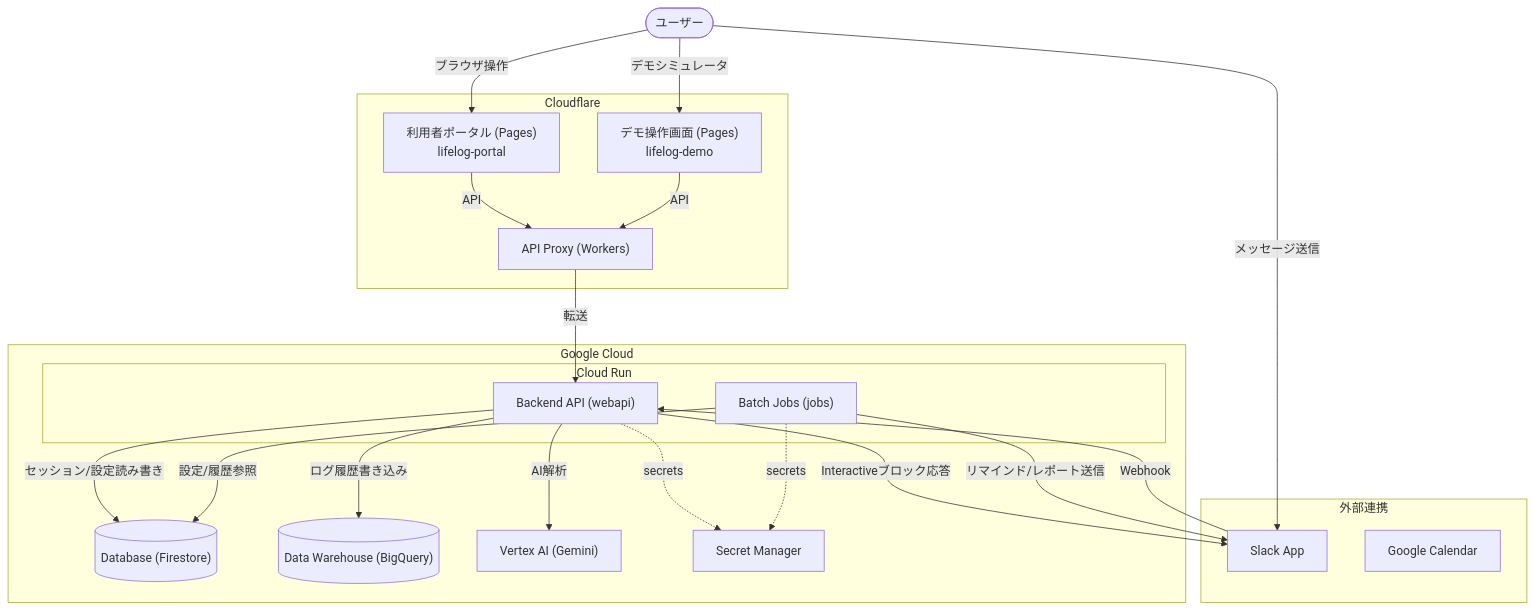
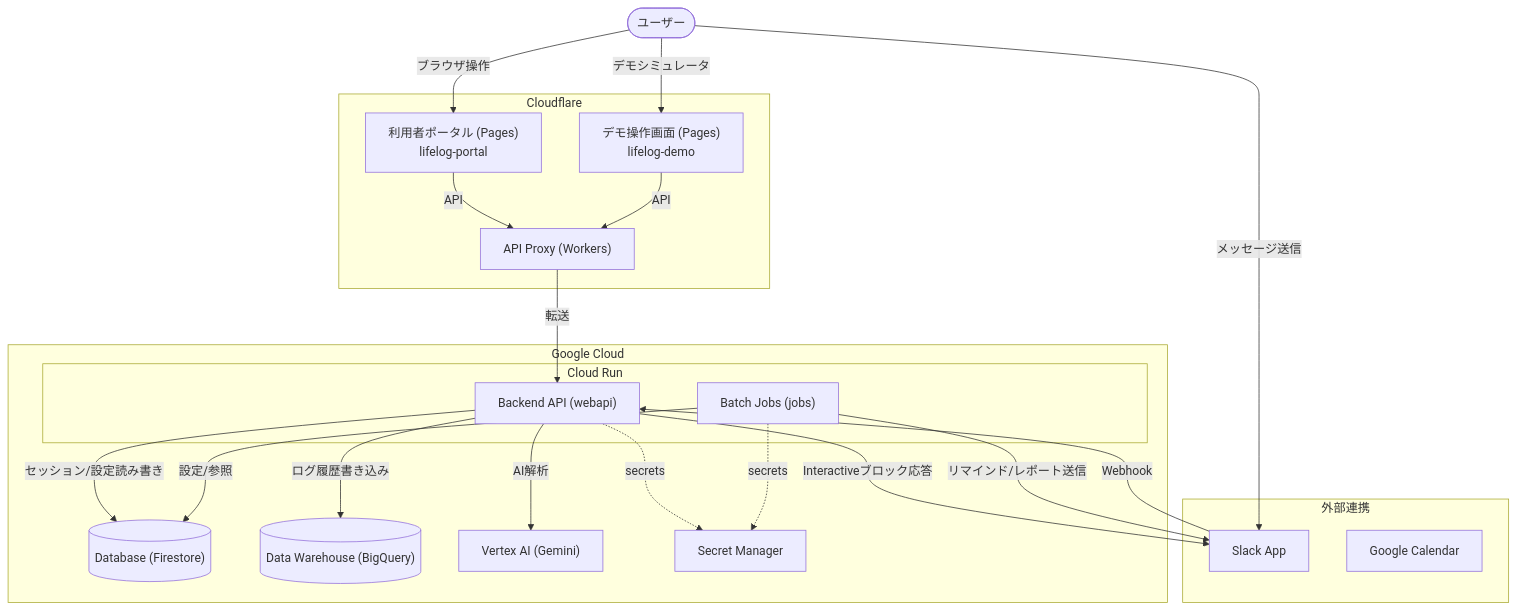
One commit to he23inw3/lifelog changed the second of 4 diagrams in README.md. Above: the diagram before and after it, drawn with Mermaid.

````diff
--- a/README.md
+++ b/README.md
@@ -82,47 +82,47 @@
 ```mermaid
 graph TD
     %% クラウドの定義
     subgraph Cloudflare["Cloudflare"]
         Portal["利用者ポータル (Pages)<br/>lifelog-portal"]
         Demo["デモ操作画面 (Pages)<br/>lifelog-demo"]
         Proxy["API Proxy (Workers)"]
     end
 
     subgraph GCP["Google Cloud"]
         subgraph CloudRun["Cloud Run"]
             API["Backend API (webapi)"]
             Batch["Batch Jobs (jobs)"]
         end
 
         DB[("Database (Firestore)")]
         DW[("Data Warehouse (BigQuery)")]
         Gemini["Vertex AI (Gemini)"]
         SM["Secret Manager"]
     end
 
     subgraph External["外部連携"]
         Slack["Slack App"]
         GoogleCal["Google Calendar"]
     end
 
     %% 主要なデータフロー
     User([ユーザー]) -->|ブラウザ操作| Portal
     User -->|デモシミュレータ| Demo
     User -->|メッセージ送信| Slack
     
     Portal -->|API| Proxy
     Demo -->|API| Proxy
     Proxy -->|転送| API
 
     Slack -->|Webhook| API
     API -->|Interactiveブロック応答| Slack
 
     API -->|セッション/設定読み書き| DB
     API -->|ログ履歴書き込み| DW
     API -->|AI解析| Gemini
     API -. secrets .-> SM
 
-    Batch -->|設定/履歴参照| DB
+    Batch -->|設定/参照| DB
     Batch -->|リマインド/レポート送信| Slack
     Batch -. secrets .-> SM
 ```
````
